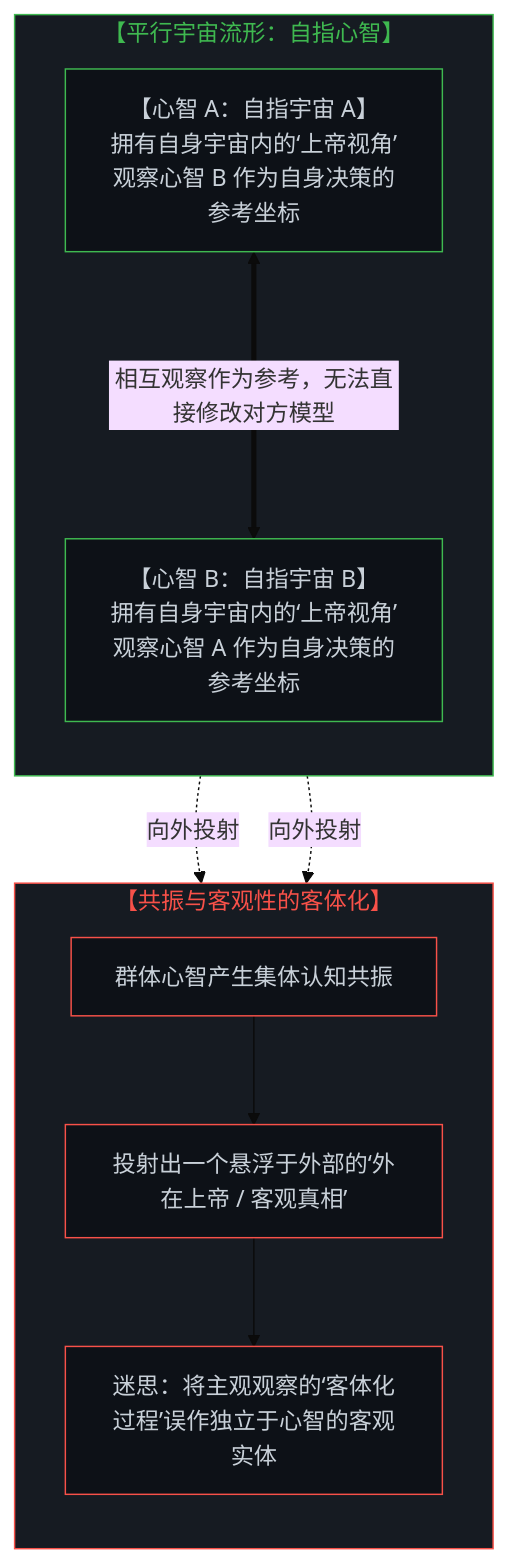
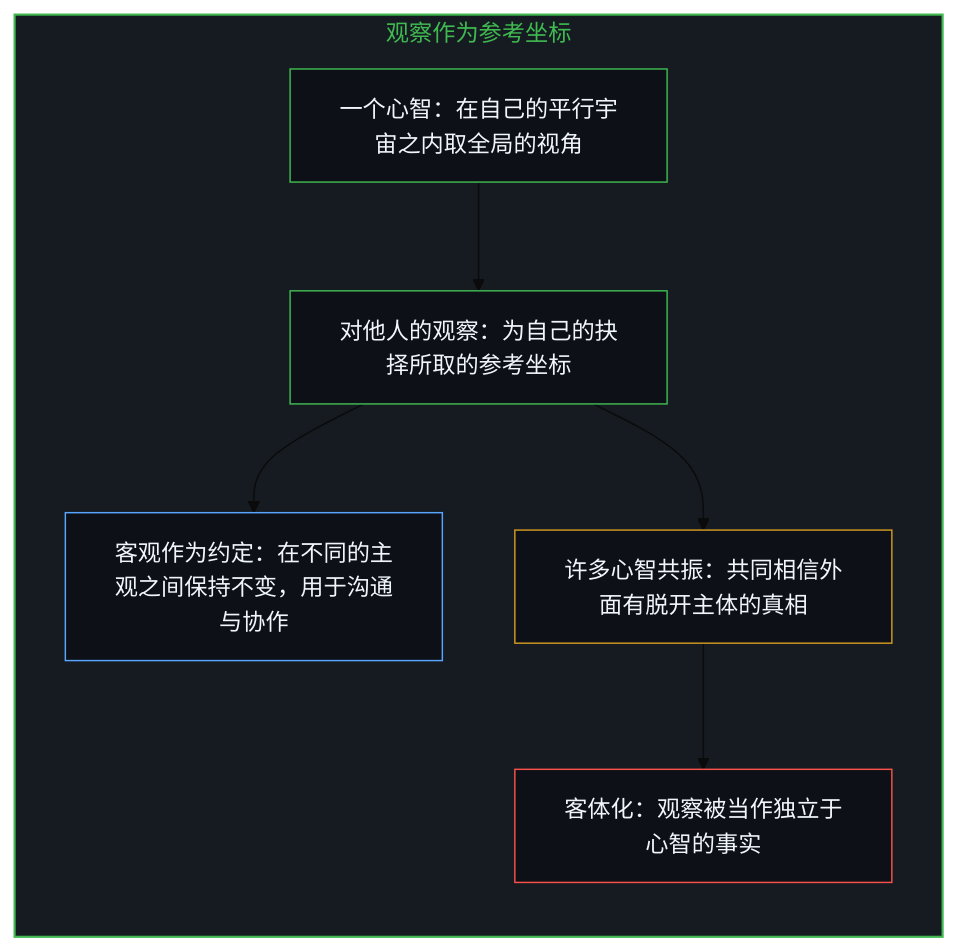
One commit to powerpig99/not-a-toe changed diagram 11 of 12 in content/posts/the-two-sided-nature-of-sovereign-choice-and-the-objectification-of-observation.md. Above: the diagram before and after it, drawn with Mermaid (base theme). The commit also changed other lines of this file and 2 other files, not shown here.

Commit message:
Refine the-two-sided-nature-of-sovereign-choice: alternating bilingual layout, six paired diagrams, the outer face as signal and as definition, implicit first person

````diff
--- a/content/posts/the-two-sided-nature-of-sovereign-choice-and-the-objectification-of-observation.md
+++ b/content/posts/the-two-sided-nature-of-sovereign-choice-and-the-objectification-of-observation.md
@@ -285,28 +333,22 @@
 ```mermaid
-graph TD
-    subgraph S_Para["【平行宇宙流形：自指心智】"]
+flowchart TD
+    subgraph S_Ref["观察作为参考坐标"]
         direction TB
-        P_A["【心智 A：自指宇宙 A】<br>拥有自身宇宙内的‘上帝视角’<br>观察心智 B 作为自身决策的参考坐标"]
-        P_B["【心智 B：自指宇宙 B】<br>拥有自身宇宙内的‘上帝视角’<br>观察心智 A 作为自身决策的参考坐标"]
+        MindOne["一个心智：在自己的平行宇宙之内取全局的视角"]
+        Ref["对他人的观察：为自己的抉择所取的参考坐标"]
+        Conv["客观作为约定：在不同的主观之间保持不变，用于沟通与协作"]
+        Res["许多心智共振：共同相信外面有脱开主体的真相"]
+        Obj["客体化：观察被当作独立于心智的事实"]
+        MindOne --> Ref
+        Ref --> Conv
+        Ref --> Res
+        Res --> Obj
     end
 
-    subgraph S_Resonance["【共振与客观性的客体化】"]
-        direction TB
-        R1["群体心智产生集体认知共振"]
-        R2["投射出一个悬浮于外部的‘外在上帝 / 客观真相’"]
-        R3["迷思：将主观观察的‘客体化过程’误作独立于心智的客观实体"]
-        R1 --> R2 --> R3
-    end
-
-    P_A <===>|"相互观察作为参考，无法直接修改对方模型"| P_B
-    P_A -.->|"向外投射"| R1
-    P_B -.->|"向外投射"| R1
-
-    style S_Para fill:#161b22,stroke:#3fb950,stroke-width:1px,color:#3fb950
-    style S_Resonance fill:#161b22,stroke:#f85149,stroke-width:1px,color:#f85149
-    style P_A fill:#0d1117,stroke:#3fb950,stroke-width:1px,color:#c9d1d9
-    style P_B fill:#0d1117,stroke:#3fb950,stroke-width:1px,color:#c9d1d9
-    style R1 fill:#0d1117,stroke:#f85149,stroke-width:1px,color:#c9d1d9
-    style R2 fill:#0d1117,stroke:#f85149,stroke-width:1px,color:#c9d1d9
-    style R3 fill:#0d1117,stroke:#f85149,stroke-width:1px,color:#c9d1d9
+    style S_Ref fill:#161b22,stroke:#3fb950,stroke-width:1.5px,color:#3fb950
+    style MindOne fill:#0d1117,stroke:#3fb950,stroke-width:1px,color:#f0f6fc
+    style Ref fill:#0d1117,stroke:#3fb950,stroke-width:1px,color:#f0f6fc
+    style Conv fill:#0d1117,stroke:#58a6ff,stroke-width:1px,color:#f0f6fc
+    style Res fill:#0d1117,stroke:#d29922,stroke-width:1px,color:#f0f6fc
+    style Obj fill:#0d1117,stroke:#f85149,stroke-width:1px,color:#f0f6fc
 ```
````
